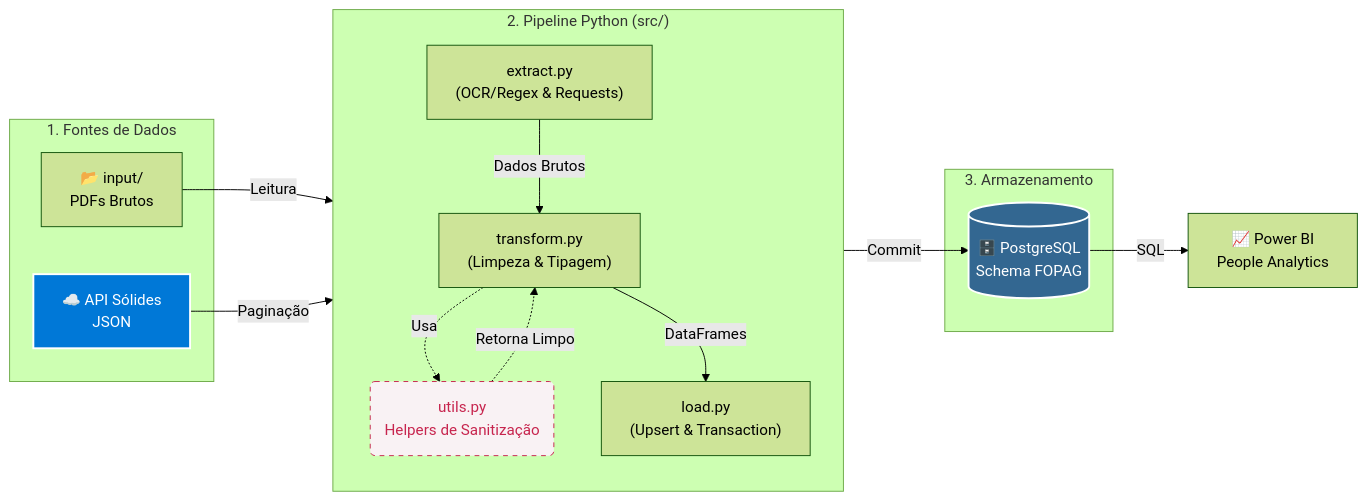
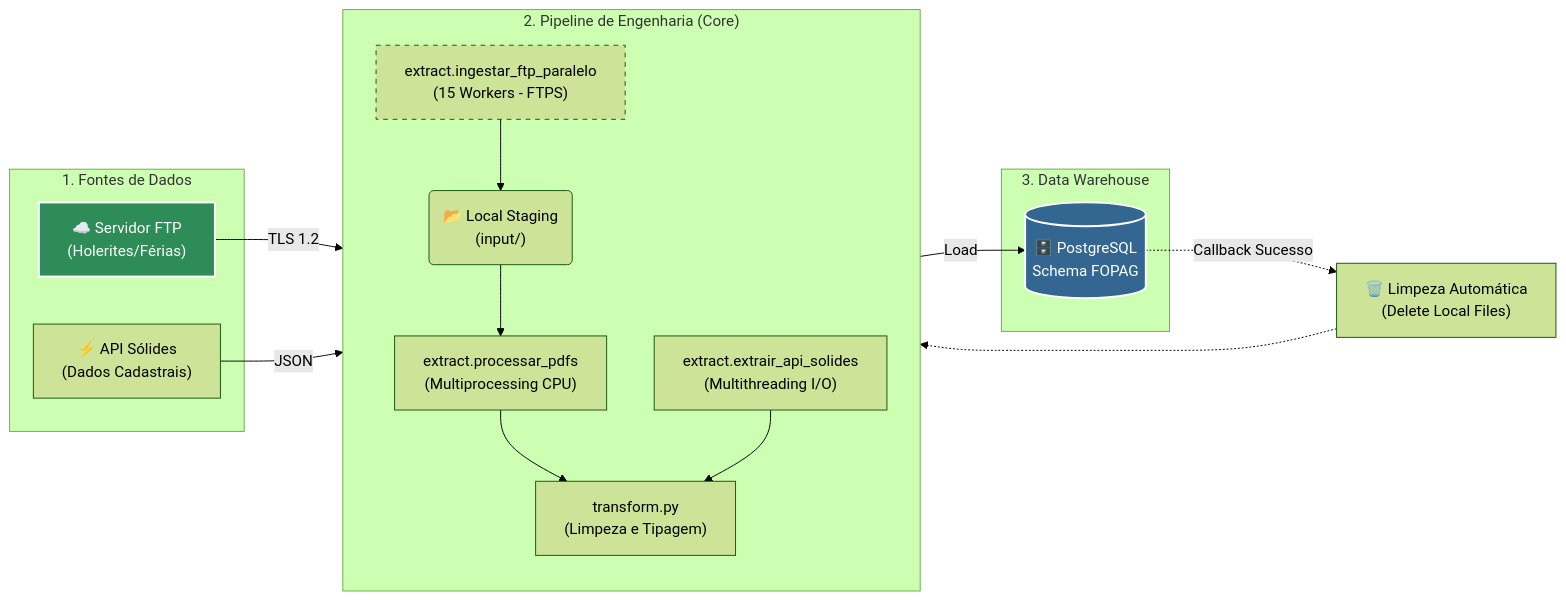
Before and after one commit to Ignowsky/ARQ-People-Intelligence: the diagram in README.md, drawn with Mermaid (forest theme). The commit also changed 6 other files, not shown here.

Commit message:
Atualização:Adição da leitura dos arquivos via FTP e exclusão automatica

````diff
--- a/README.md
+++ b/README.md
@@ -41,46 +41,47 @@
 ``` mermaid
 ---
 config:
   layout: fixed
 ---
 graph LR
-    %% --- Definição das Fontes ---
+    %% --- Fontes ---
     subgraph Sources ["1. Fontes de Dados"]
-        PDF["📂 input/<br/>PDFs Brutos"]
-        API["☁️ API Sólides<br/>JSON"]
+        FTP["☁️ Servidor FTP<br/>(Holerites/Férias)"]
+        API["⚡ API Sólides<br/>(Dados Cadastrais)"]
     end
 
-    %% --- Núcleo do Pipeline ---
-    subgraph Core ["2. Pipeline Python (src/)"]
+    %% --- Camada de Ingestão e Processamento ---
+    subgraph Engine ["2. Pipeline de Engenharia (Core)"]
         direction TB
-        EXT["extract.py<br/>(OCR/Regex & Requests)"]
-        TRANS["transform.py<br/>(Limpeza & Tipagem)"]
-        UTILS("utils.py<br/>Helpers de Sanitização")
-        LOAD["load.py<br/>(Upsert & Transaction)"]
+        INGEST["extract.ingestar_ftp_paralelo<br/>(15 Workers - FTPS)"]
+        INPUT("📂 Local Staging<br/>(input/)")
+        PDF_PROC["extract.processar_pdfs<br/>(Multiprocessing CPU)"]
+        API_PROC["extract.extrair_api_solides<br/>(Multithreading I/O)"]
+        TRANS["transform.py<br/>(Limpeza e Tipagem)"]
     end
 
-    %% --- Destino ---
-    subgraph Storage ["3. Armazenamento"]
+    %% --- Armazenamento ---
+    subgraph Storage ["3. Data Warehouse"]
         DB[("🗄️ PostgreSQL<br/>Schema FOPAG")]
     end
 
-    BI["📈 Power BI<br/>People Analytics"]
-
-    %% --- Relacionamentos ---
-    PDF -->|Leitura| EXT
-    API -->|Paginação| EXT
+    %% --- Fluxo ---
+    FTP -->|TLS 1.2| INGEST
+    INGEST --> INPUT
+    INPUT --> PDF_PROC
+    API -->|JSON| API_PROC
     
-    EXT -->|Dados Brutos| TRANS
-    TRANS -.->|Usa| UTILS
-    UTILS -.->|Retorna Limpo| TRANS
+    PDF_PROC --> TRANS
+    API_PROC --> TRANS
     
-    TRANS -->|DataFrames| LOAD
-    LOAD -->|Commit| DB
+    TRANS -->|Load| DB
     
-    DB -->|SQL| BI
+    %% --- Limpeza ---
+    DB -.->|Callback Sucesso| CLEAN["🗑️ Limpeza Automática<br/>(Delete Local Files)"]
+    CLEAN -.-> INPUT
 
     %% --- Estilização ---
     style DB fill:#336791,stroke:#fff,stroke-width:2px,color:#fff
-    style API fill:#0078D7,stroke:#fff,stroke-width:2px,color:#fff
-    style UTILS stroke-dasharray: 5 5,fill:#f9f2f4,stroke:#c7254e,color:#c7254e
+    style FTP fill:#2d8c58,stroke:#fff,stroke-width:2px,color:#fff
+    style INGEST stroke-dasharray: 5 5
 ```
````
